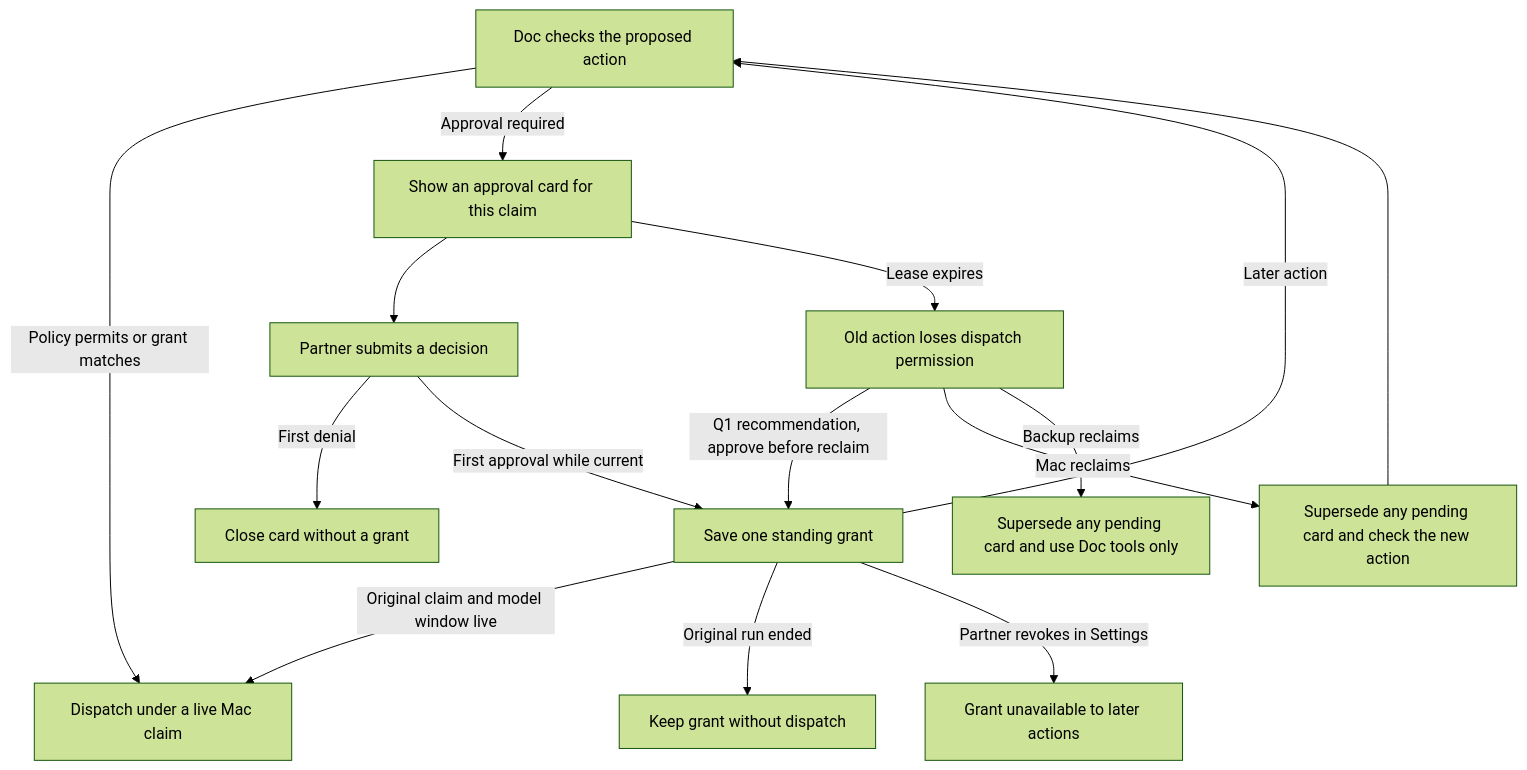
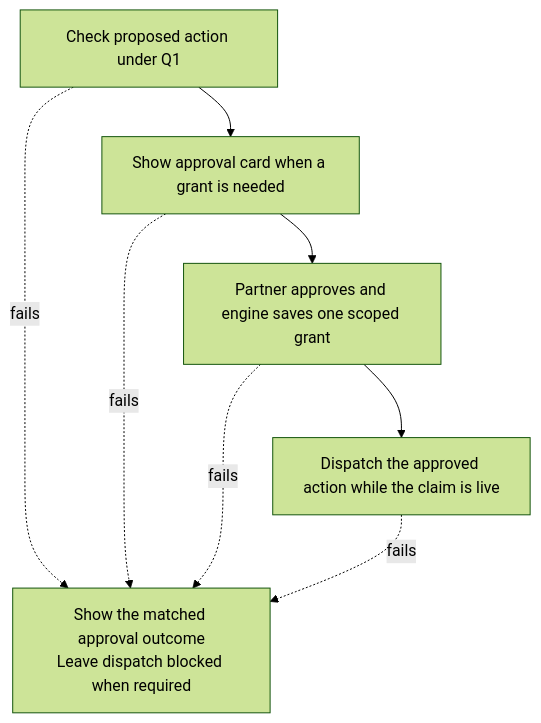
Before and after one commit to DoctorCRE/doctorcre-engine: the third of 4 diagrams in docs/doc-harness/flows.md, drawn with Mermaid (forest theme). The commit also changed other lines of this file and 9 other files, not shown here.

````diff
--- a/docs/doc-harness/flows.md
+++ b/docs/doc-harness/flows.md
@@ -110,17 +53,10 @@
 ```mermaid
 flowchart TD
-    Check["Doc checks the proposed action"] -->|Policy permits or grant matches| Run["Dispatch under a live Mac claim"]
-    Check -->|Approval required| Card["Show an approval card for this claim"]
-    Card --> Decision["Partner submits a decision"]
-    Decision -->|First denial| Deny["Close card without a grant"]
-    Decision -->|First approval while current| Grant["Save one standing grant"]
-    Grant -->|Original claim and model window live| Run
-    Grant -->|Original run ended| NoRun["Keep grant without dispatch"]
-    Grant -->|Later action| Check
-    Grant -->|Partner revokes in Settings| Revoked["Grant unavailable to later actions"]
-    Card -->|Lease expires| Expired["Old action loses dispatch permission"]
-    Expired -->|Q1 recommendation, approve before reclaim| Grant
-    Expired -->|Mac reclaims| Mac["Supersede any pending card and check the new action"]
-    Mac --> Check
-    Expired -->|Backup reclaims| Backup["Supersede any pending card and use Doc tools only"]
+  Check["Check proposed action under Q1"] --> Ask["Show approval card when a grant is needed"]
+  Ask --> Grant["Partner approves and engine saves one scoped grant"]
+  Grant --> Run["Dispatch the approved action while the claim is live"]
+  Check -. fails .-> Exit["Show the matched approval outcome<br/>Leave dispatch blocked when required"]
+  Ask -. fails .-> Exit
+  Grant -. fails .-> Exit
+  Run -. fails .-> Exit
 ```
````
